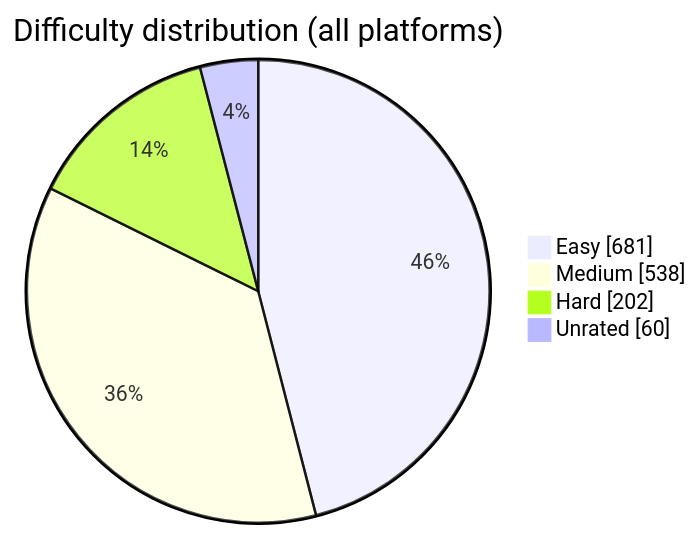
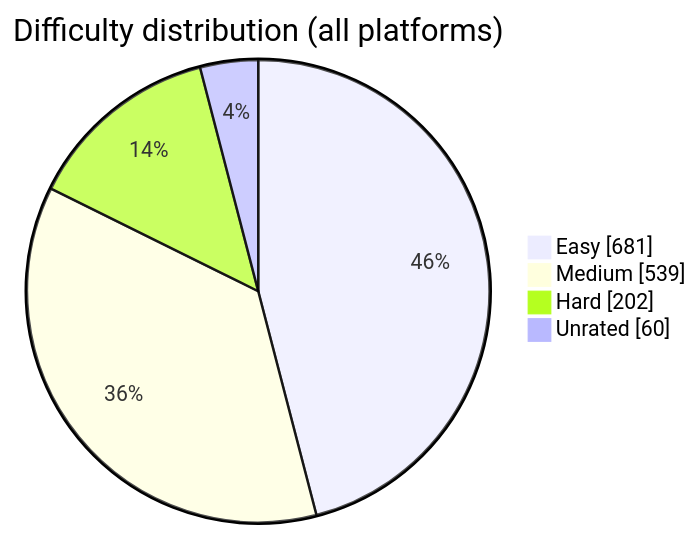
The diagram in README.md (BuildbyArindam/Daily-Coding-Log), drawn with Mermaid before and after one commit. The commit also changed other lines of this file, not shown here.

````diff
--- a/README.md
+++ b/README.md
@@ -93,7 +93,7 @@
 ```mermaid
 pie showData title Difficulty distribution (all platforms)
     "Easy" : 681
-    "Medium" : 538
+    "Medium" : 539
     "Hard" : 202
     "Unrated" : 60
 ```
````
